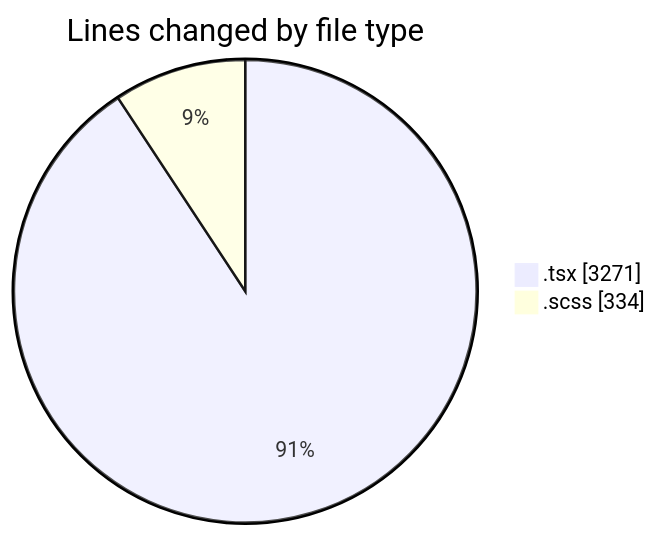
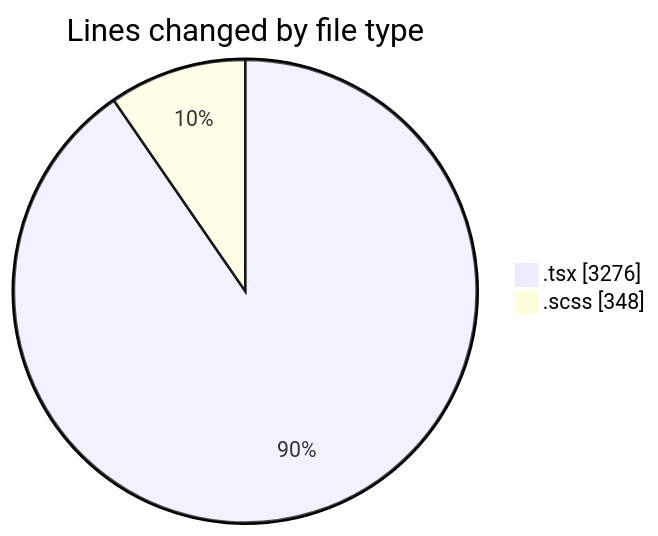
The first of 2 diagrams in 2026-10-20/cda/README.md (momahboobian/code-tracking), drawn with Mermaid before and after one commit. The commit also changed other lines of this file and 1 other file, not shown here.

````diff
--- a/2026-10-20/cda/README.md
+++ b/2026-10-20/cda/README.md
@@ -32,6 +32,6 @@
 ```mermaid
 pie showData
 title Lines changed by file type
-".tsx" : 3271
-".scss" : 334
+".tsx" : 3276
+".scss" : 348
 ```
````
